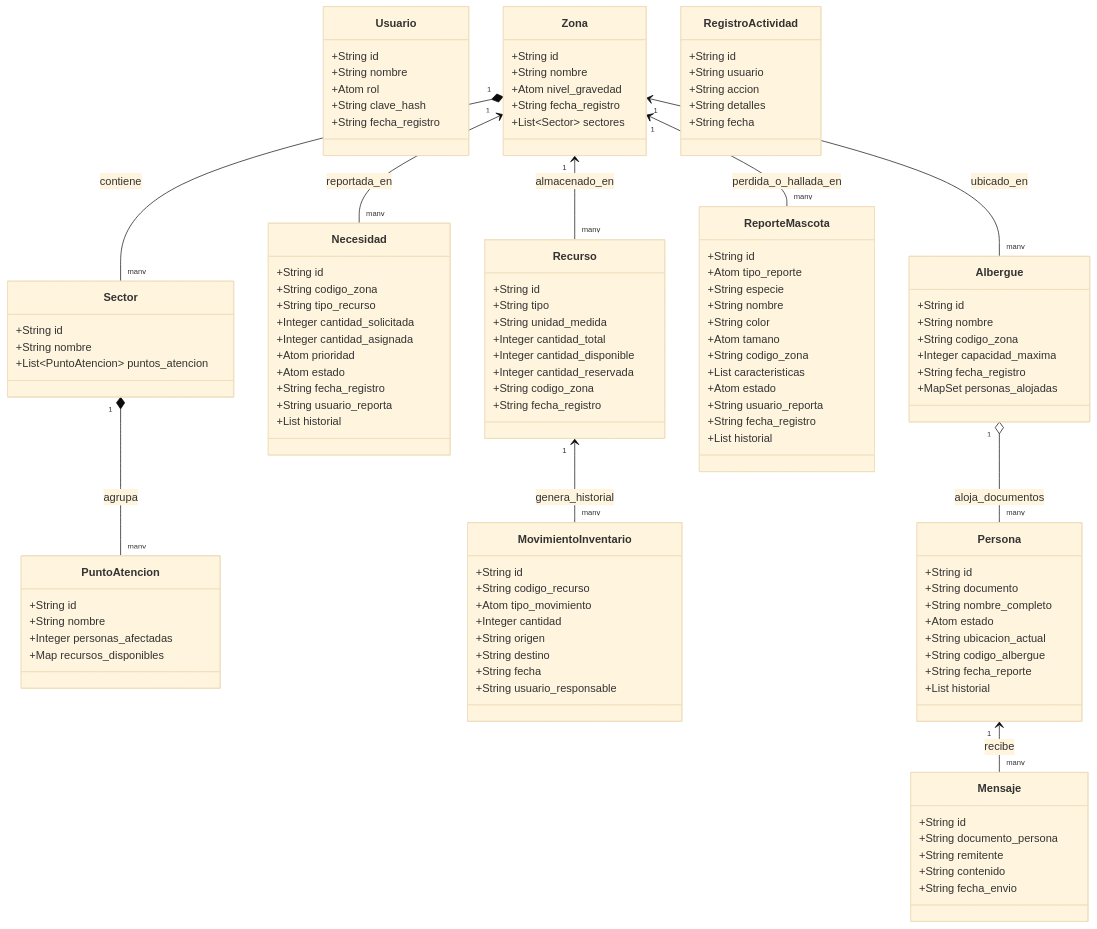
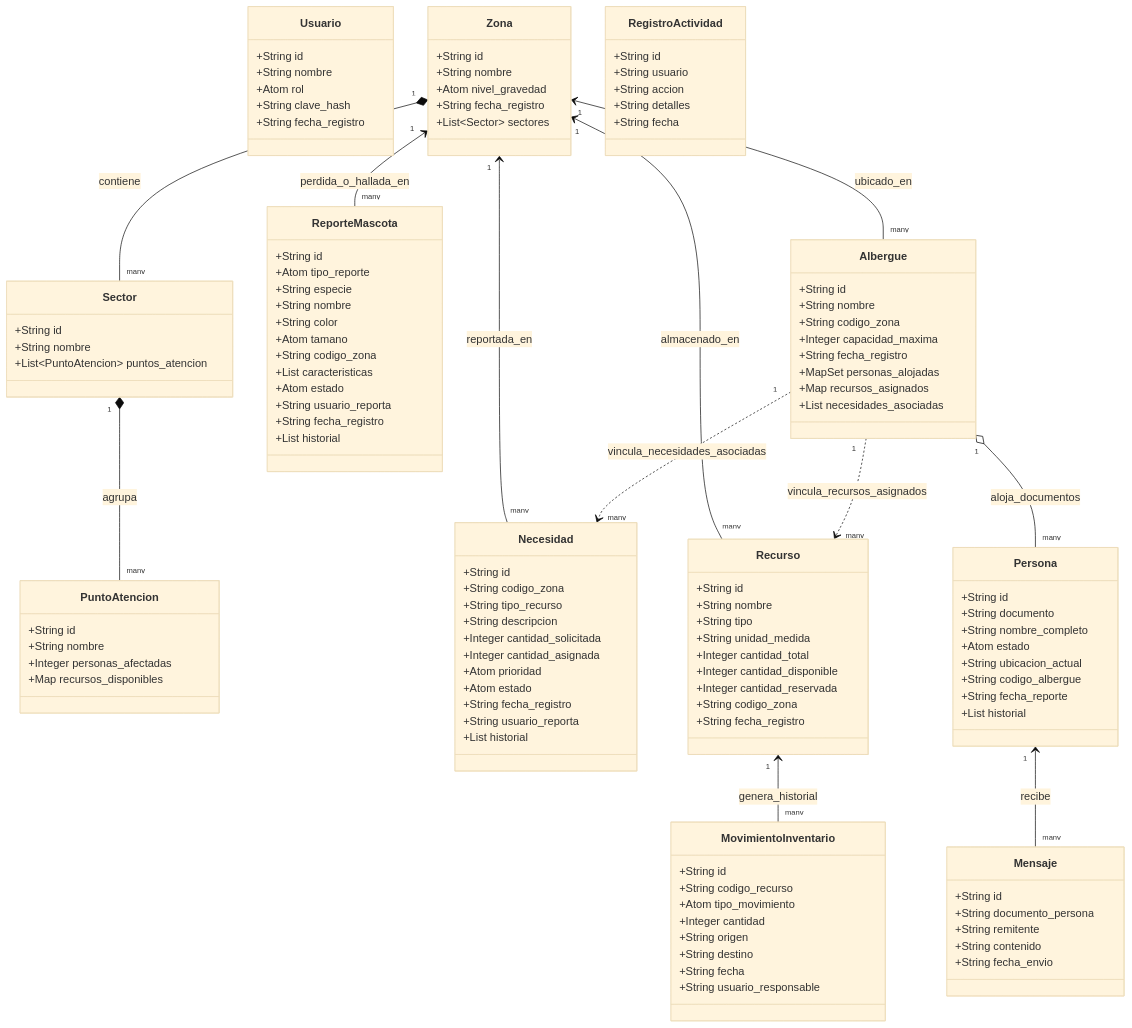
The diagram in docs/diagramas/modelo_datos.mmd (nicolas1710-rgb/PROYECTO-FINAL--PROGRAMACION-III), drawn with Mermaid (base theme) before and after one commit. The commit also changed other lines of this file and 199 other files, not shown here.

```diff
--- a/docs/diagramas/modelo_datos.mmd
+++ b/docs/diagramas/modelo_datos.mmd
@@ -1,128 +1,134 @@
 classDiagram
     %% MODELO DE DATOS Y RELACIONES DEL SISTEMA DE EMERGENCIAS
 
     class Usuario {
         +String id
         +String nombre
         +Atom rol
         +String clave_hash
         +String fecha_registro
     }
 
     class Zona {
         +String id
         +String nombre
         +Atom nivel_gravedad
         +String fecha_registro
         +List~Sector~ sectores
     }
 
     class Sector {
         +String id
         +String nombre
         +List~PuntoAtencion~ puntos_atencion
     }
 
     class PuntoAtencion {
         +String id
         +String nombre
         +Integer personas_afectadas
         +Map recursos_disponibles
     }
 
     class Necesidad {
         +String id
         +String codigo_zona
         +String tipo_recurso
+        +String descripcion
         +Integer cantidad_solicitada
         +Integer cantidad_asignada
         +Atom prioridad
         +Atom estado
         +String fecha_registro
         +String usuario_reporta
         +List historial
     }
 
     class Recurso {
         +String id
+        +String nombre
         +String tipo
         +String unidad_medida
         +Integer cantidad_total
         +Integer cantidad_disponible
         +Integer cantidad_reservada
         +String codigo_zona
         +String fecha_registro
     }
 
     class MovimientoInventario {
         +String id
         +String codigo_recurso
         +Atom tipo_movimiento
         +Integer cantidad
         +String origen
         +String destino
         +String fecha
         +String usuario_responsable
     }
 
     class Persona {
         +String id
         +String documento
         +String nombre_completo
         +Atom estado
         +String ubicacion_actual
         +String codigo_albergue
         +String fecha_reporte
         +List historial
     }
 
     class Mensaje {
         +String id
         +String documento_persona
         +String remitente
         +String contenido
         +String fecha_envio
     }
 
     class ReporteMascota {
         +String id
         +Atom tipo_reporte
         +String especie
         +String nombre
         +String color
         +Atom tamano
         +String codigo_zona
         +List caracteristicas
         +Atom estado
         +String usuario_reporta
         +String fecha_registro
         +List historial
     }
 
     class Albergue {
         +String id
         +String nombre
         +String codigo_zona
         +Integer capacidad_maxima
         +String fecha_registro
         +MapSet personas_alojadas
+        +Map recursos_asignados
+        +List necesidades_asociadas
     }
 
     class RegistroActividad {
         +String id
         +String usuario
         +String accion
         +String detalles
         +String fecha
     }
 
     %% Jerarquía y Relaciones
     Zona "1" *-- "many" Sector : contiene
     Sector "1" *-- "many" PuntoAtencion : agrupa
     Zona "1" <-- "many" Necesidad : reportada_en
     Zona "1" <-- "many" Recurso : almacenado_en
     Recurso "1" <-- "many" MovimientoInventario : genera_historial
     Persona "1" <-- "many" Mensaje : recibe
     Zona "1" <-- "many" Albergue : ubicado_en
     Albergue "1" o-- "many" Persona : aloja_documentos
+    Albergue "1" ..> "many" Recurso : vincula_recursos_asignados
+    Albergue "1" ..> "many" Necesidad : vincula_necesidades_asociadas
     Zona "1" <-- "many" ReporteMascota : perdida_o_hallada_en
```
